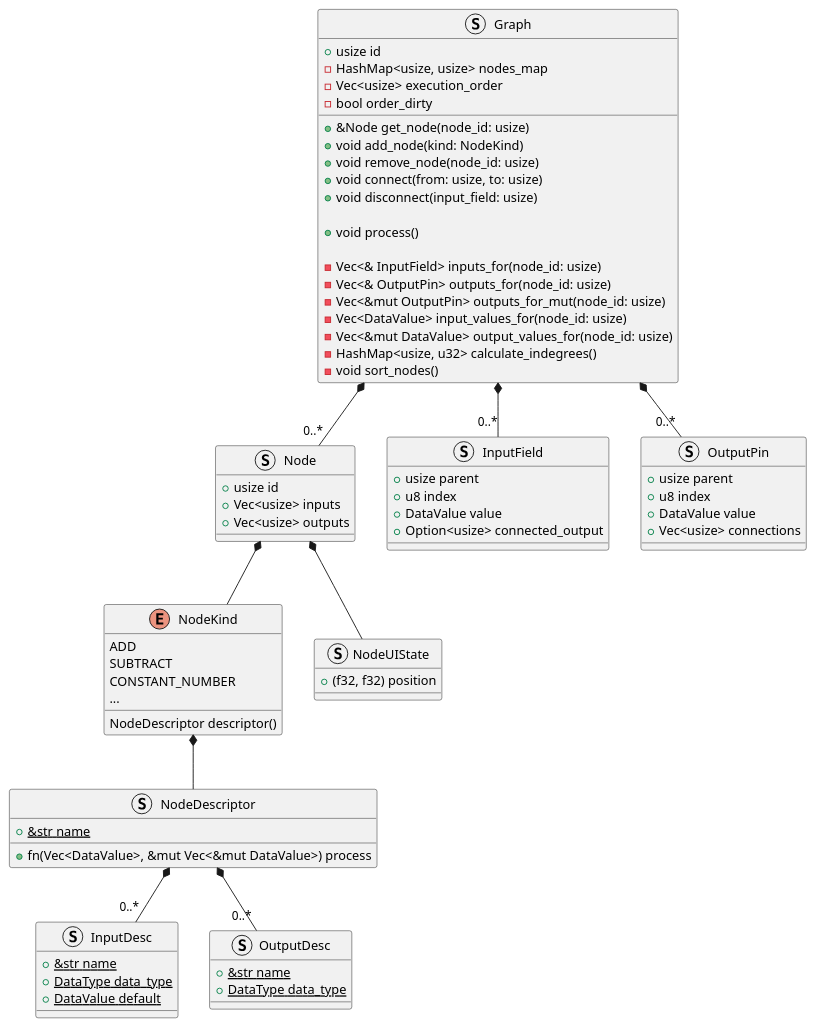
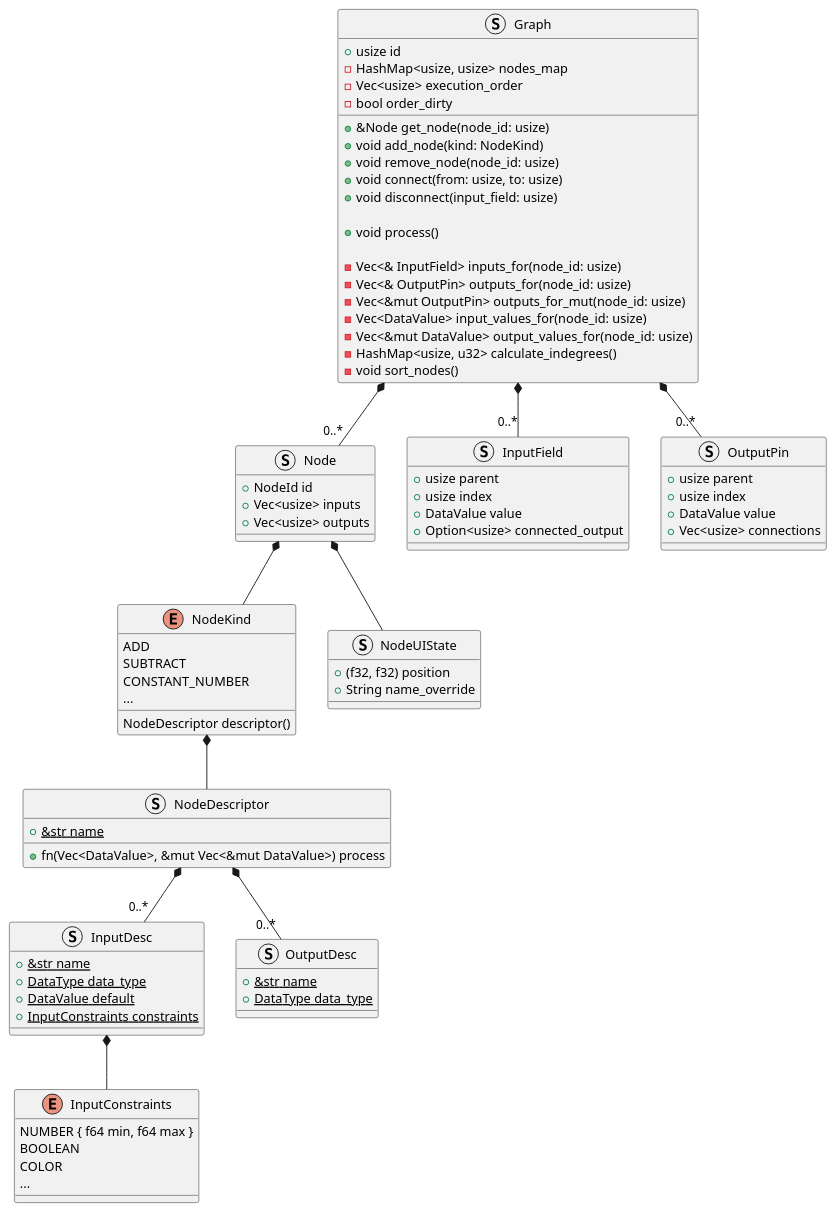
One commit to cookiemonsternz/wovmoH changed the diagram in docs/uml/backend.plantuml. Above: the diagram before and after it, drawn with PlantUML. The commit also changed 1 other file, not shown here.

Commit message:
Update uml

```diff
--- a/docs/uml/backend.plantuml
+++ b/docs/uml/backend.plantuml
@@ -1,86 +1,96 @@
 @startuml
 'START NODE SECTION'
 struct Node {
-  +usize id
+  +NodeId id
   +Vec<usize> inputs
   +Vec<usize> outputs
 }
 
 enum NodeKind {
   ADD
   SUBTRACT
   CONSTANT_NUMBER
   ...
   NodeDescriptor descriptor()
 }
 
 struct NodeDescriptor {
   +{static} &str name
   +fn(Vec<DataValue>, &mut Vec<&mut DataValue>) process
 }
 
 struct NodeUIState {
   +{field} (f32, f32) position
+  +{field} String name_override
 }
 
 struct InputDesc {
   +{static} &str name
   +{static} DataType data_type
   +{static} DataValue default
+  +{static} InputConstraints constraints
+}
+
+enum InputConstraints {
+  NUMBER { f64 min, f64 max }
+  BOOLEAN
+  COLOR
+  ...
 }
 
 struct OutputDesc {
   +{static} &str name
   +{static} DataType data_type
 }
 
 Node *-- NodeKind
 Node *-- NodeUIState
 NodeKind *-- NodeDescriptor
 NodeDescriptor *--"0..*" InputDesc
+InputDesc *-- InputConstraints
 NodeDescriptor *--"0..*" OutputDesc
 
 'END NODE SECTION'
 'START FIELDS AND PINS SECTION'
 struct InputField {
   +usize parent
-  +u8 index
+  +usize index
   +DataValue value
   +Option<usize> connected_output
 }
 
 struct OutputPin {
   +usize parent
-  +u8 index
+  +usize index
   +DataValue value
   +Vec<usize> connections
 }
 'END FIELDS AND PINS SECTION'
 'START GRAPH SECTION'
 struct Graph {
   +usize id
   -HashMap<usize, usize> nodes_map
   -Vec<usize> execution_order
   -bool order_dirty
   +&Node get_node(node_id: usize)
   +void add_node(kind: NodeKind)
   +void remove_node(node_id: usize)
   +void connect(from: usize, to: usize)
   +void disconnect(input_field: usize)
 
   +void process()
 
   -Vec<& InputField> inputs_for(node_id: usize)
   -Vec<& OutputPin> outputs_for(node_id: usize)
   -Vec<&mut OutputPin> outputs_for_mut(node_id: usize)
   -Vec<DataValue> input_values_for(node_id: usize)
   -Vec<&mut DataValue> output_values_for(node_id: usize)
   -HashMap<usize, u32> calculate_indegrees()
   -void sort_nodes()
 }
 
 Graph *--"0..*"Node
 Graph *--"0..*"InputField
 Graph *--"0..*"OutputPin
 'END GRAPHS SECTION'
 @enduml
```
